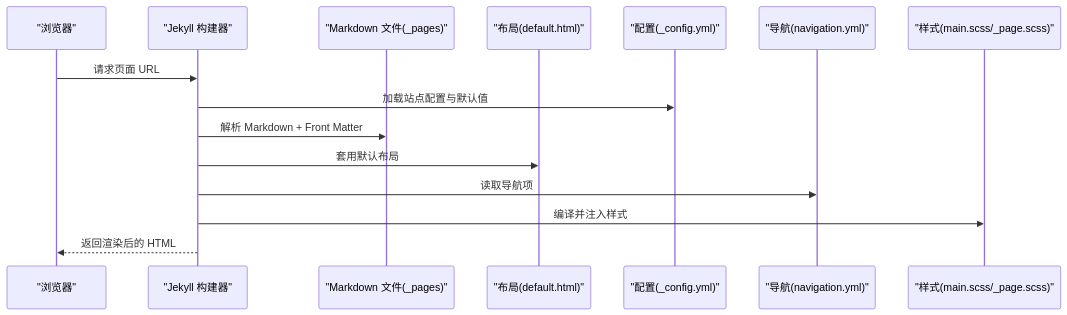
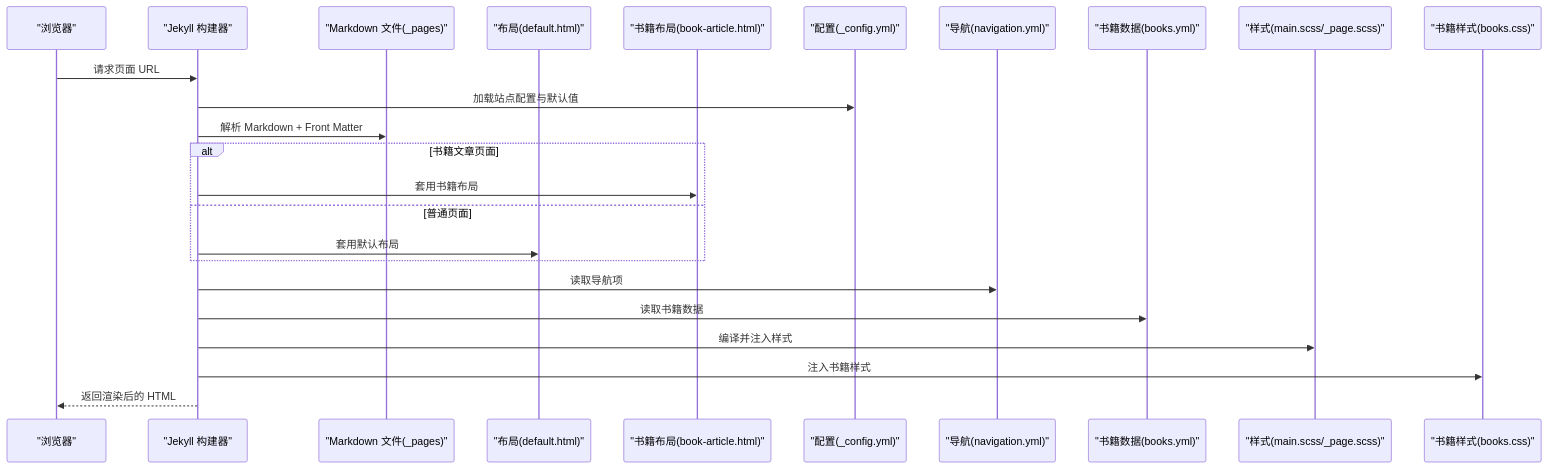
One commit to pizicaiman/pizicaiman.github.io changed the second of 3 diagrams in .qoder/repowiki/zh/content/内容管理/页面内容编辑/页面内容编辑.md. Above: the diagram before and after it, drawn with Mermaid. The commit also changed other lines of this file and 10 other files, not shown here.

````diff
--- a/.qoder/repowiki/zh/content/内容管理/页面内容编辑/页面内容编辑.md
+++ b/.qoder/repowiki/zh/content/内容管理/页面内容编辑/页面内容编辑.md
@@ -94,17 +140,26 @@
 ```mermaid
 sequenceDiagram
 participant U as "浏览器"
 participant J as "Jekyll 构建器"
 participant M as "Markdown 文件(_pages)"
 participant L as "布局(default.html)"
+participant BL as "书籍布局(book-article.html)"
 participant C as "配置(_config.yml)"
 participant N as "导航(navigation.yml)"
+participant BD as "书籍数据(books.yml)"
 participant S as "样式(main.scss/_page.scss)"
+participant BS as "书籍样式(books.css)"
 U->>J : 请求页面 URL
 J->>C : 加载站点配置与默认值
 J->>M : 解析 Markdown + Front Matter
+alt 书籍文章页面
+J->>BL : 套用书籍布局
+else 普通页面
 J->>L : 套用默认布局
+end
 J->>N : 读取导航项
+J->>BD : 读取书籍数据
 J->>S : 编译并注入样式
+J->>BS : 注入书籍样式
 J-->>U : 返回渲染后的 HTML
 ```
````
